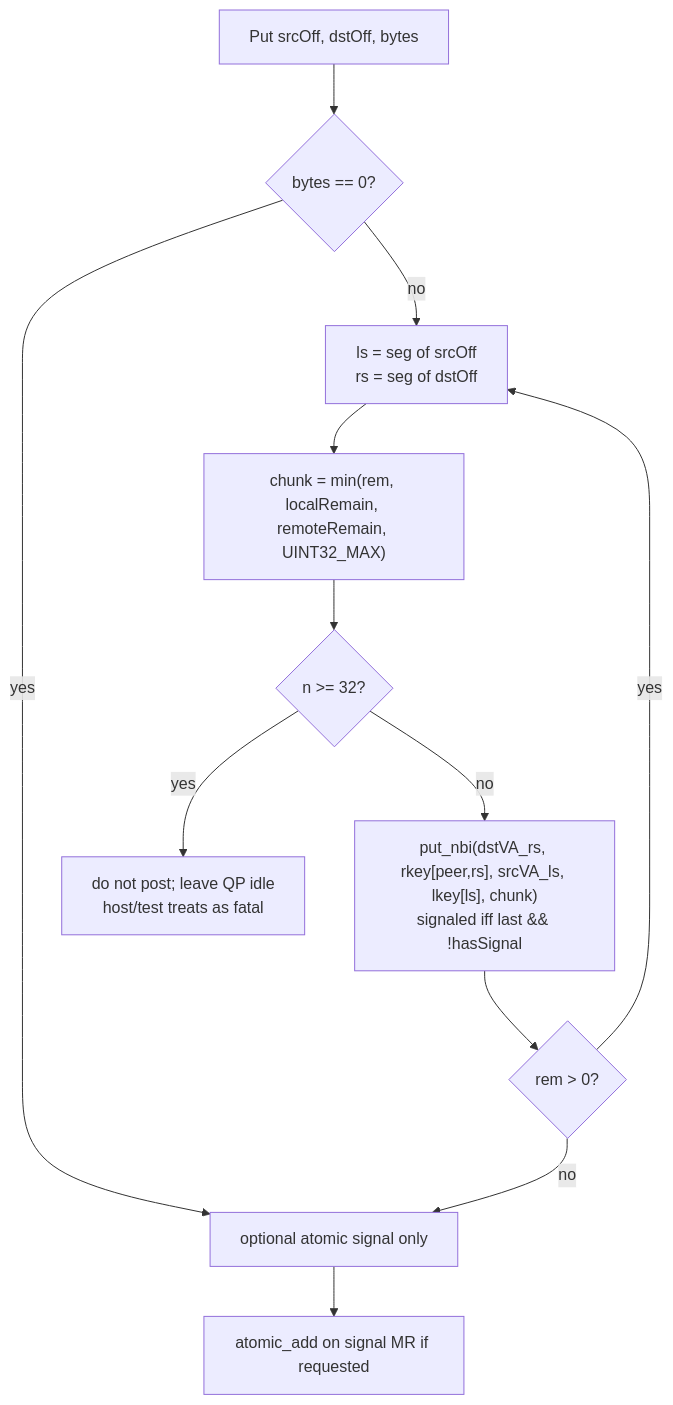
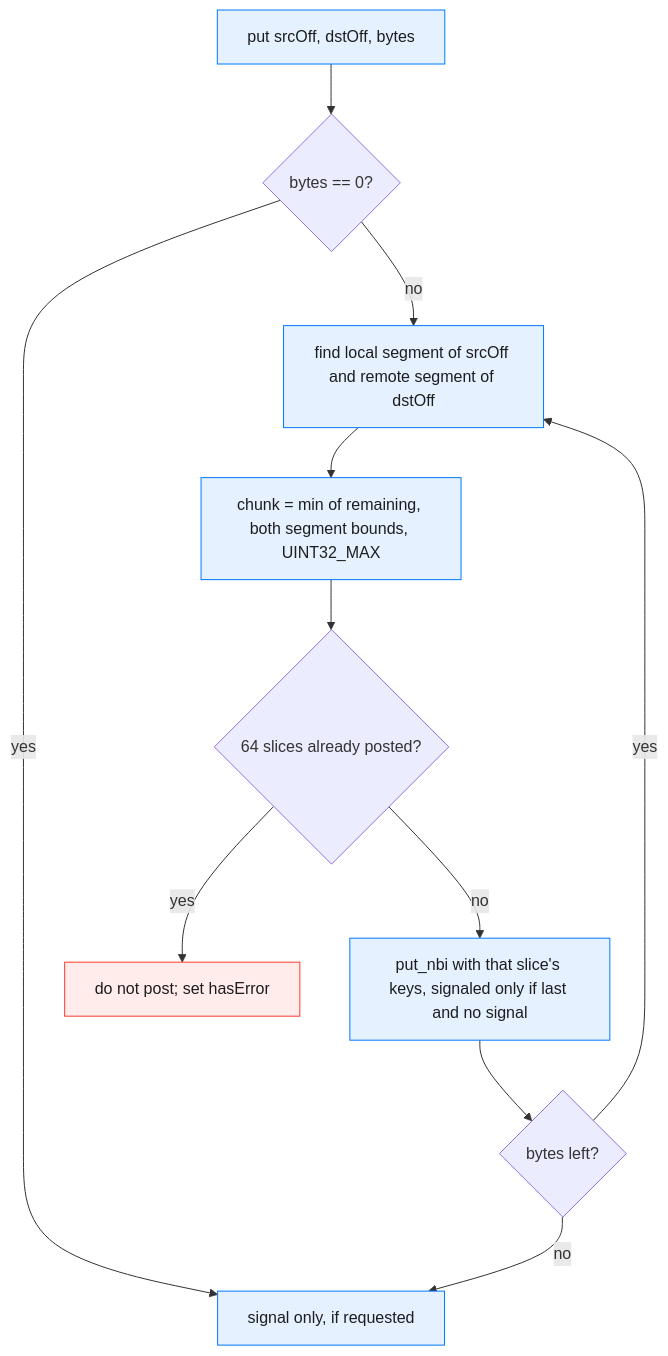
The second of 3 diagrams in projects/rccl/docs/design/multi_segment_gin_rocshmem_gda_and_anvil_sdma.md (ROCm/rocm-systems), drawn with Mermaid before and after one commit. The commit also changed other lines of this file and 18 other files, not shown here.

````diff
--- a/projects/rccl/docs/design/multi_segment_gin_rocshmem_gda_and_anvil_sdma.md
+++ b/projects/rccl/docs/design/multi_segment_gin_rocshmem_gda_and_anvil_sdma.md
@@ -216,14 +104,17 @@
 ```mermaid
 flowchart TD
-  P["Put srcOff, dstOff, bytes"] --> Z{"bytes == 0?"}
-  Z -->|yes| SIG["optional atomic signal only"]
-  Z -->|no| L["ls = seg of srcOff<br/>rs = seg of dstOff"]
-  L --> C["chunk = min(rem, localRemain, remoteRemain, UINT32_MAX)"]
-  C --> W{"n >= 32?"}
-  W -->|yes| R["do not post; leave QP idle<br/>host/test treats as fatal"]
-  W -->|no| N["put_nbi(dstVA_rs, rkey[peer,rs], srcVA_ls, lkey[ls], chunk)<br/>signaled iff last && !hasSignal"]
-  N --> A{"rem > 0?"}
-  A -->|yes| L
-  A -->|no| SIG
-  SIG --> Q["atomic_add on signal MR if requested"]
+ p["put srcOff, dstOff, bytes"] --> z{"bytes == 0?"}
+ z -->|yes| sig["signal only, if requested"]
+ z -->|no| l["find local segment of srcOff and remote segment of dstOff"]
+ l --> c["chunk = min of remaining, both segment bounds, UINT32_MAX"]
+ c --> w{"64 slices already posted?"}
+ w -->|yes| r["do not post; set hasError"]
+ w -->|no| n["put_nbi with that slice's keys, signaled only if last and no signal"]
+ n --> a{"bytes left?"}
+ a -->|yes| l
+ a -->|no| sig
+ classDef gin fill:#e5f1ff,stroke:#007aff,color:#1d1d1f
+ classDef failpath fill:#ffeceb,stroke:#ff3b30,color:#1d1d1f
+ class p,sig,l,c,n gin
+ class r failpath
 ```
````
